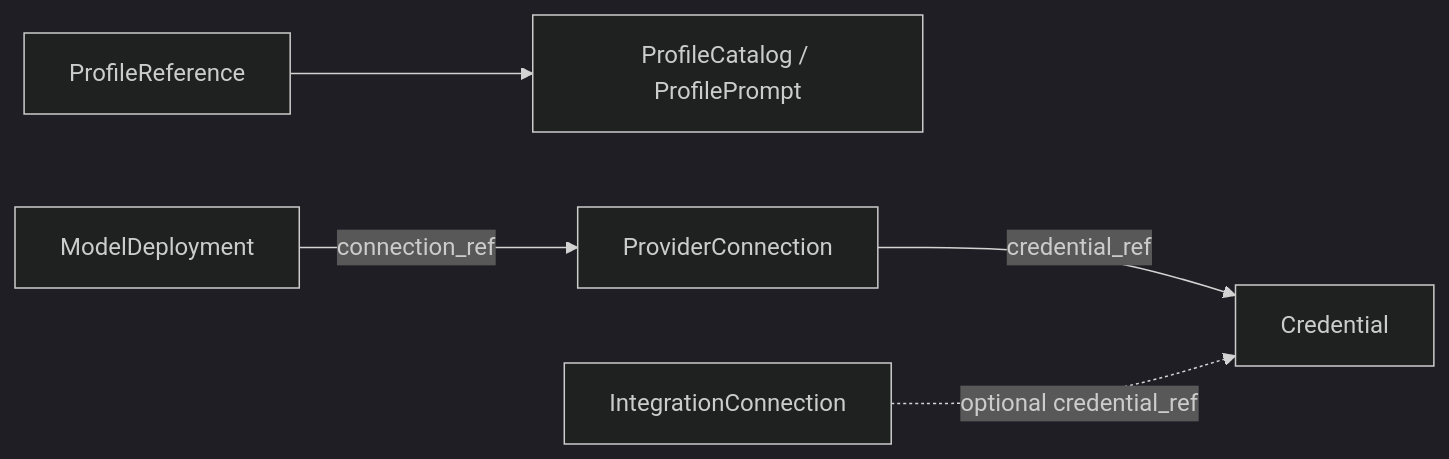
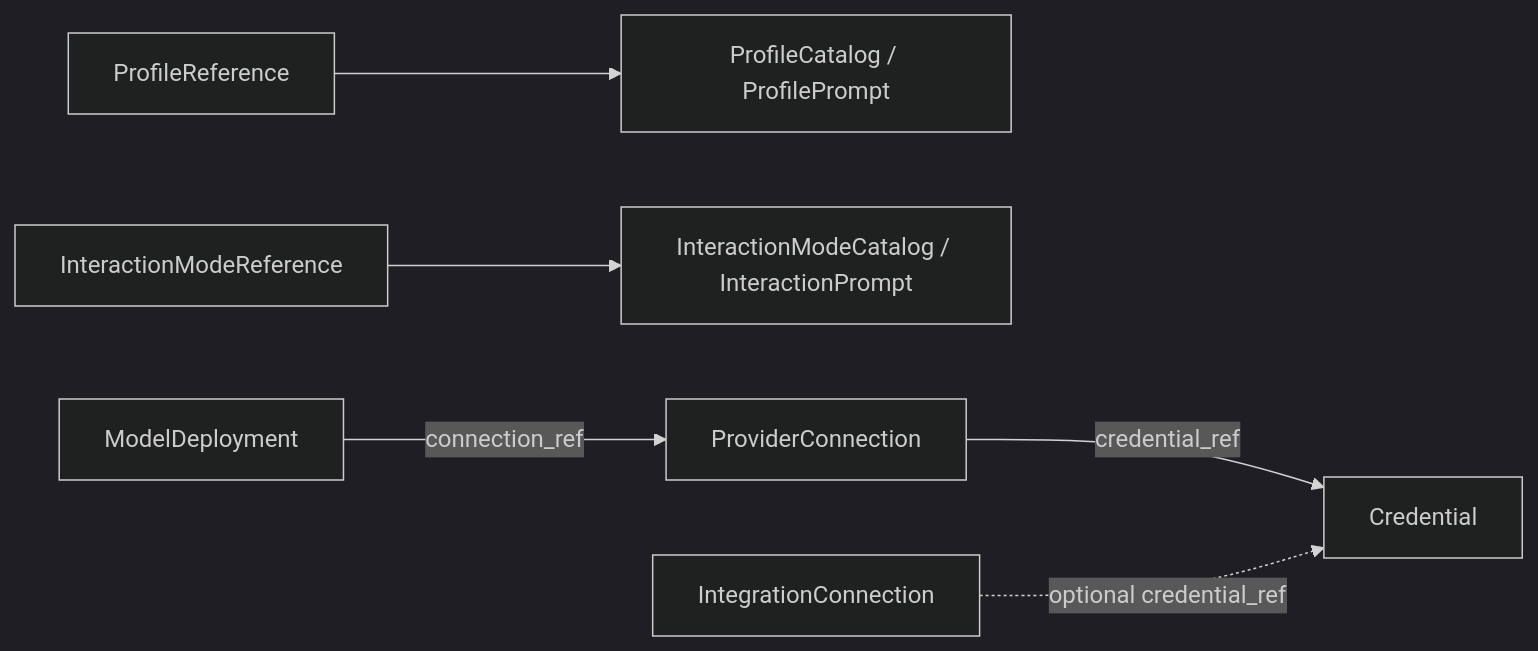
Before and after one commit to kitnew/agentic-backend: the ninth of 12 diagrams in docs/control-plane/ARCHITECTURE.md, drawn with Mermaid (dark theme). The commit also changed other lines of this file and 4 other files, not shown here.

First line of the commit message:
docs(control-plane): update frozen architecture contracts

````diff
--- a/docs/control-plane/ARCHITECTURE.md
+++ b/docs/control-plane/ARCHITECTURE.md
@@ -865,15 +903,19 @@
 ```mermaid
 flowchart LR
     PR[ProfileReference]
     PC[ProfileCatalog / ProfilePrompt]
+    
+    IMR[InteractionModeReference]
+    IMC[InteractionModeCatalog / InteractionPrompt]
 
     CRED[Credential]
     PCON[ProviderConnection]
     MDEP[ModelDeployment]
     ICON[IntegrationConnection]
 
     PR --> PC
+    IMR --> IMC
     PCON -->|credential_ref| CRED
     MDEP -->|connection_ref| PCON
     ICON -. optional credential_ref .-> CRED
 ```
````
